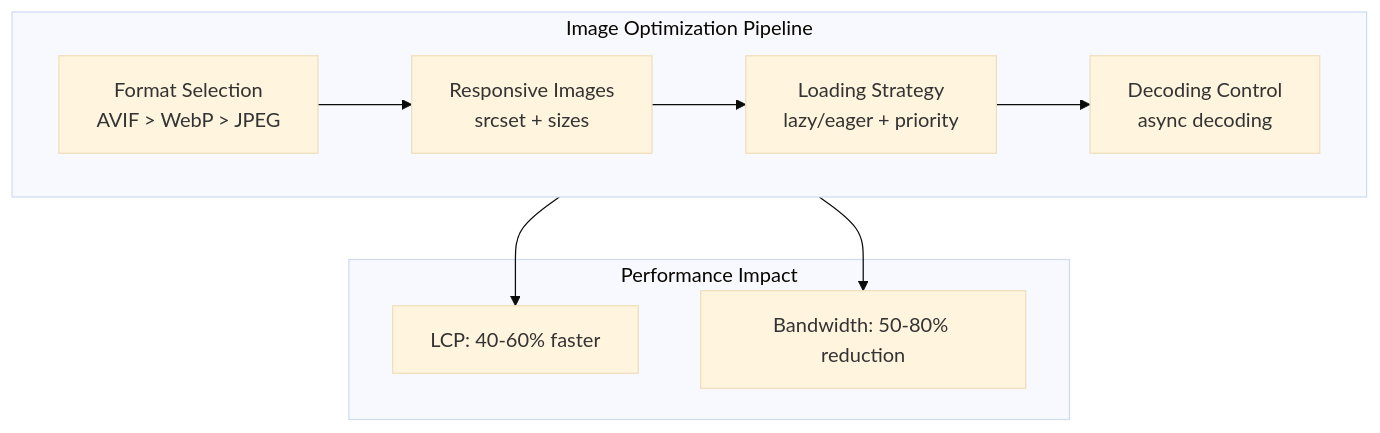
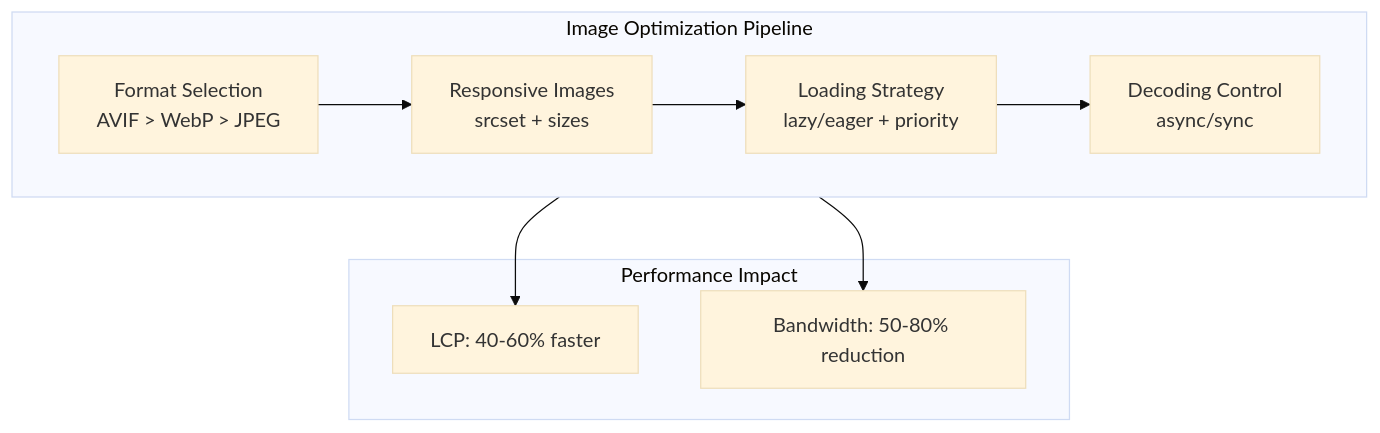
The diagram in v4/content/articles/frontend-engineering/web-performance-optimization/web-performance-image-optimization/README.md (sujeet-pro/legacy-personal-site), drawn with Mermaid (base theme) before and after one commit. The commit also changed other lines of this file and 16 other files, not shown here.

````diff
--- a/v4/content/articles/frontend-engineering/web-performance-optimization/web-performance-image-optimization/README.md
+++ b/v4/content/articles/frontend-engineering/web-performance-optimization/web-performance-image-optimization/README.md
@@ -7,22 +7,22 @@
 ```mermaid
 flowchart TB
     subgraph "Image Optimization Pipeline"
         direction LR
         FORMAT["Format Selection<br/>AVIF > WebP > JPEG"]
         RESPONSIVE["Responsive Images<br/>srcset + sizes"]
         LOADING["Loading Strategy<br/>lazy/eager + priority"]
-        DECODE["Decoding Control<br/>async decoding"]
+        DECODE["Decoding Control<br/>async/sync"]
     end
 
     FORMAT --> RESPONSIVE
     RESPONSIVE --> LOADING
     LOADING --> DECODE
 
     subgraph "Performance Impact"
         LCP["LCP: 40-60% faster"]
         BW["Bandwidth: 50-80% reduction"]
     end
 
     DECODE --> LCP
     DECODE --> BW
 ```
````
